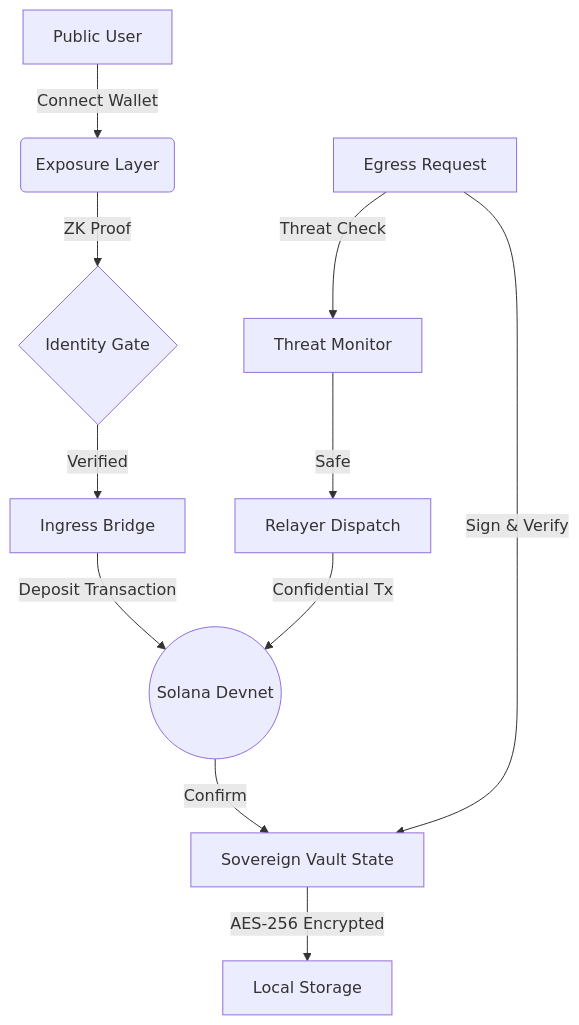
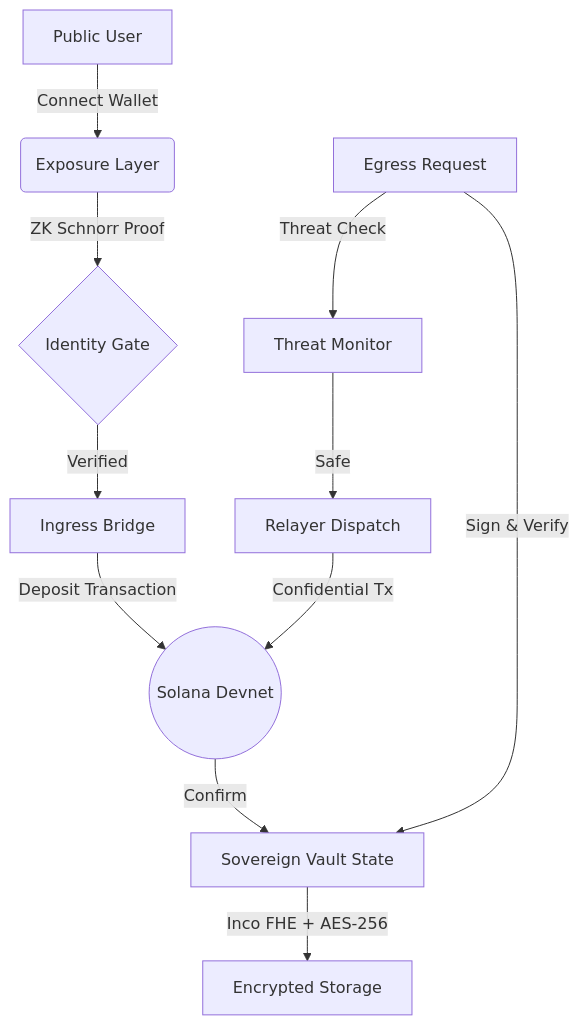
The diagram in README.md (Lideeyah/Nicrypt), drawn with Mermaid before and after one commit. The commit also changed other lines of this file, not shown here.

````diff
--- a/README.md
+++ b/README.md
@@ -90,14 +90,14 @@
 ```mermaid
 graph TD
     A[Public User] -->|Connect Wallet| B(Exposure Layer)
-    B -->|ZK Proof| C{Identity Gate}
+    B -->|ZK Schnorr Proof| C{Identity Gate}
     C -->|Verified| D[Ingress Bridge]
     D -->|Deposit Transaction| E((Solana Devnet))
     E -->|Confirm| F[Sovereign Vault State]
-    F -->|AES-256 Encrypted| G[Local Storage]
+    F -->|Inco FHE + AES-256| G[Encrypted Storage]
     
     H[Egress Request] -->|Sign & Verify| F
     H -->|Threat Check| I[Threat Monitor]
     I -->|Safe| J[Relayer Dispatch]
     J -->|Confidential Tx| E
 ```
````
